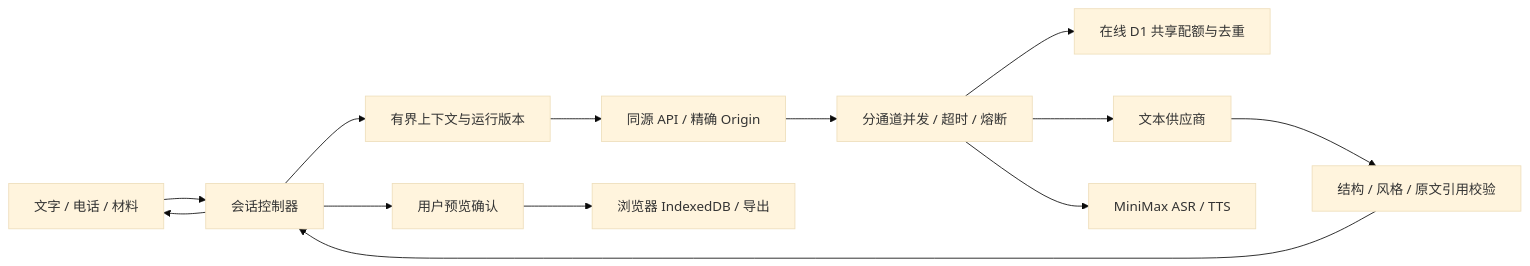
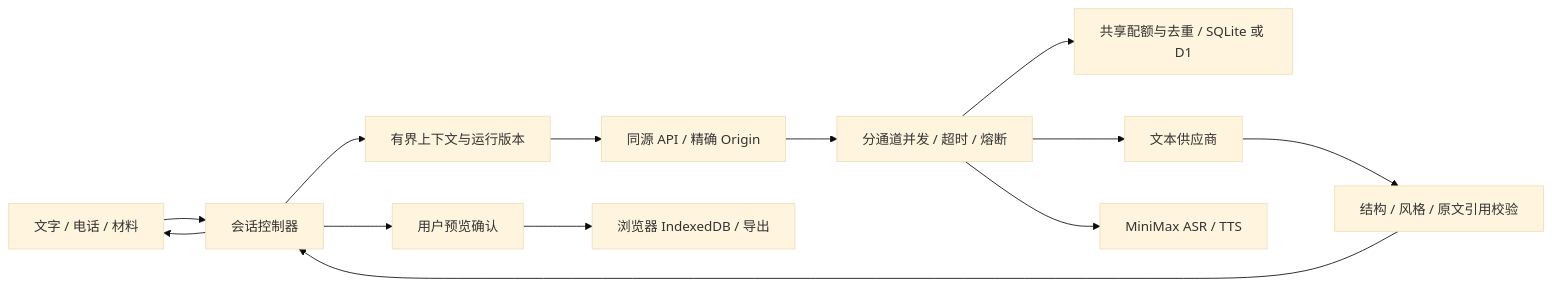
The diagram in README.md (ZJUZhiyuCai/bread-companion), drawn with Mermaid (base theme) before and after one commit. The commit also changed other lines of this file and 7 other files, not shown here.

````diff
--- a/README.md
+++ b/README.md
@@ -85,15 +85,15 @@
 ```mermaid
 flowchart LR
   UI[文字 / 电话 / 材料] --> C[会话控制器]
   C --> H[有界上下文与运行版本]
   H --> API[同源 API / 精确 Origin]
   API --> Guard[分通道并发 / 超时 / 熔断]
-  Guard --> Budget[在线 D1 共享配额与去重]
+  Guard --> Budget[共享配额与去重 / SQLite 或 D1]
   Guard --> LLM[文本供应商]
   Guard --> Speech[MiniMax ASR / TTS]
   LLM --> V[结构 / 风格 / 原文引用校验]
   V --> C
   C --> UI
   C --> Preview[用户预览确认]
   Preview --> Store[浏览器 IndexedDB / 导出]
 ```
````
